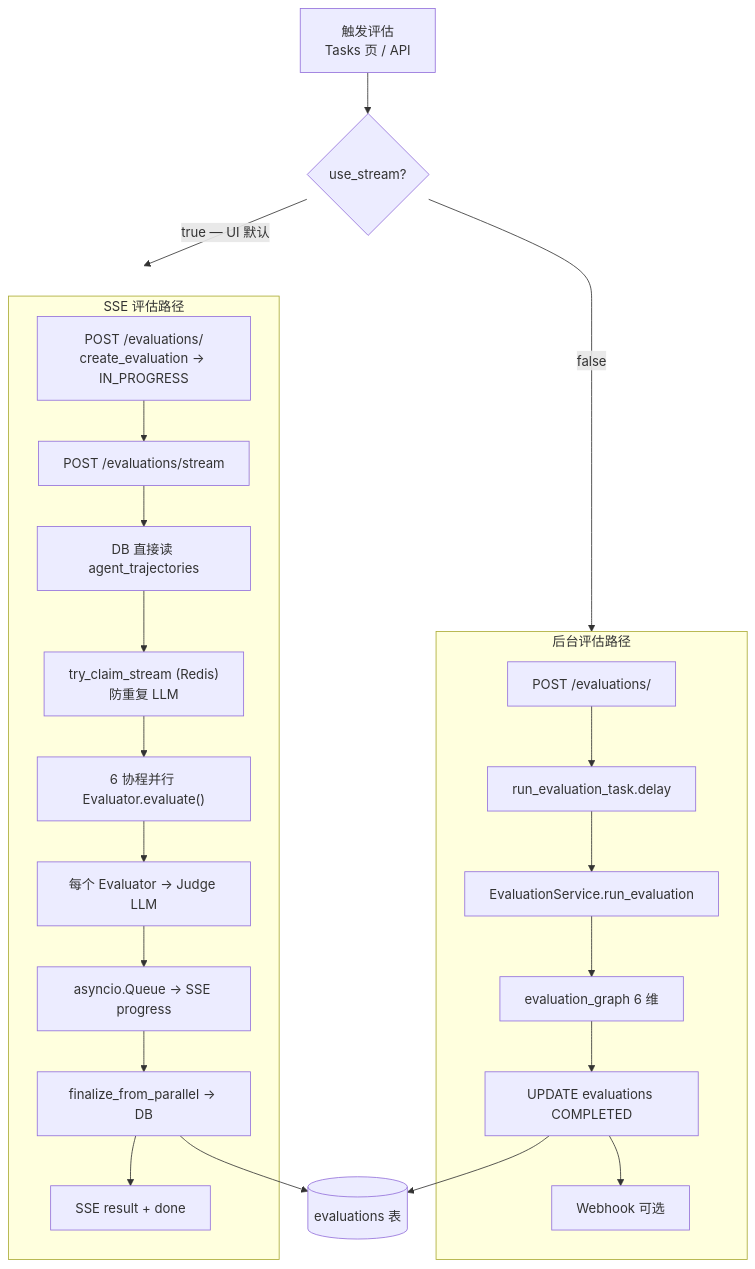
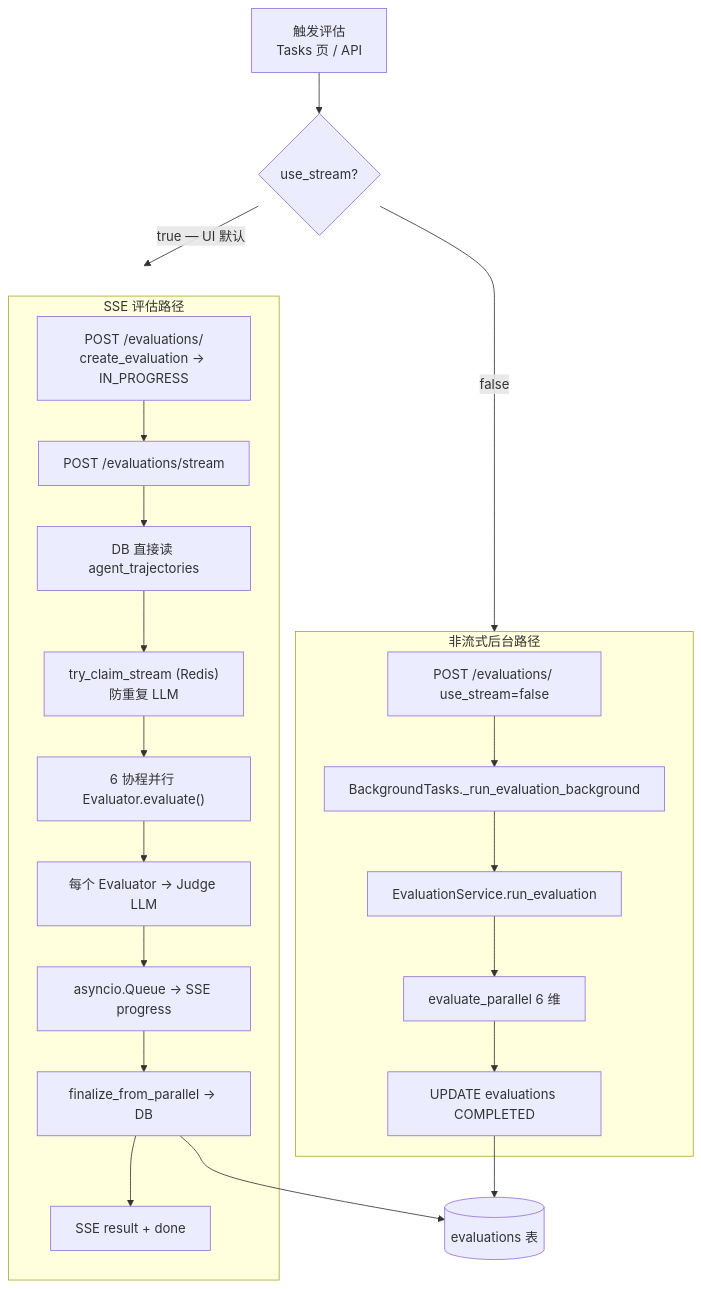
One commit to daetz-coder/Agent-Runtime-Evaluation-Platform changed the seventh of 9 diagrams in docs/wiki-to-evaluation-flow.md. Above: the diagram before and after it, drawn with Mermaid. The commit also changed other lines of this file and 3 other files, not shown here.

````diff
--- a/docs/wiki-to-evaluation-flow.md
+++ b/docs/wiki-to-evaluation-flow.md
@@ -408,33 +408,32 @@
 ```mermaid
 flowchart TD
     TRIGGER["触发评估<br/>Tasks 页 / API"] --> MODE{use_stream?}
 
     MODE -->|true — UI 默认| STREAM
-    MODE -->|false| CELERY
+    MODE -->|false| BG
 
     subgraph STREAM["SSE 评估路径"]
         S1["POST /evaluations/<br/>create_evaluation → IN_PROGRESS"]
         S2["POST /evaluations/stream"]
         S3["DB 直接读 agent_trajectories"]
         S4["try_claim_stream (Redis)<br/>防重复 LLM"]
         S5["6 协程并行 Evaluator.evaluate()"]
         S6["每个 Evaluator → Judge LLM"]
         S7["asyncio.Queue → SSE progress"]
         S8["finalize_from_parallel → DB"]
         S9["SSE result + done"]
         S1 --> S2 --> S3 --> S4 --> S5 --> S6 --> S7 --> S8 --> S9
     end
 
-    subgraph CELERY["后台评估路径"]
-        C1["POST /evaluations/"]
-        C2["run_evaluation_task.delay"]
+    subgraph BG["非流式后台路径"]
+        C1["POST /evaluations/ use_stream=false"]
+        C2["BackgroundTasks._run_evaluation_background"]
         C3["EvaluationService.run_evaluation"]
-        C4["evaluation_graph 6 维"]
+        C4["evaluate_parallel 6 维"]
         C5["UPDATE evaluations COMPLETED"]
-        C6["Webhook 可选"]
-        C1 --> C2 --> C3 --> C4 --> C5 --> C6
+        C1 --> C2 --> C3 --> C4 --> C5
     end
 
     S8 --> RESULT[(evaluations 表)]
     C5 --> RESULT
 ```
````
